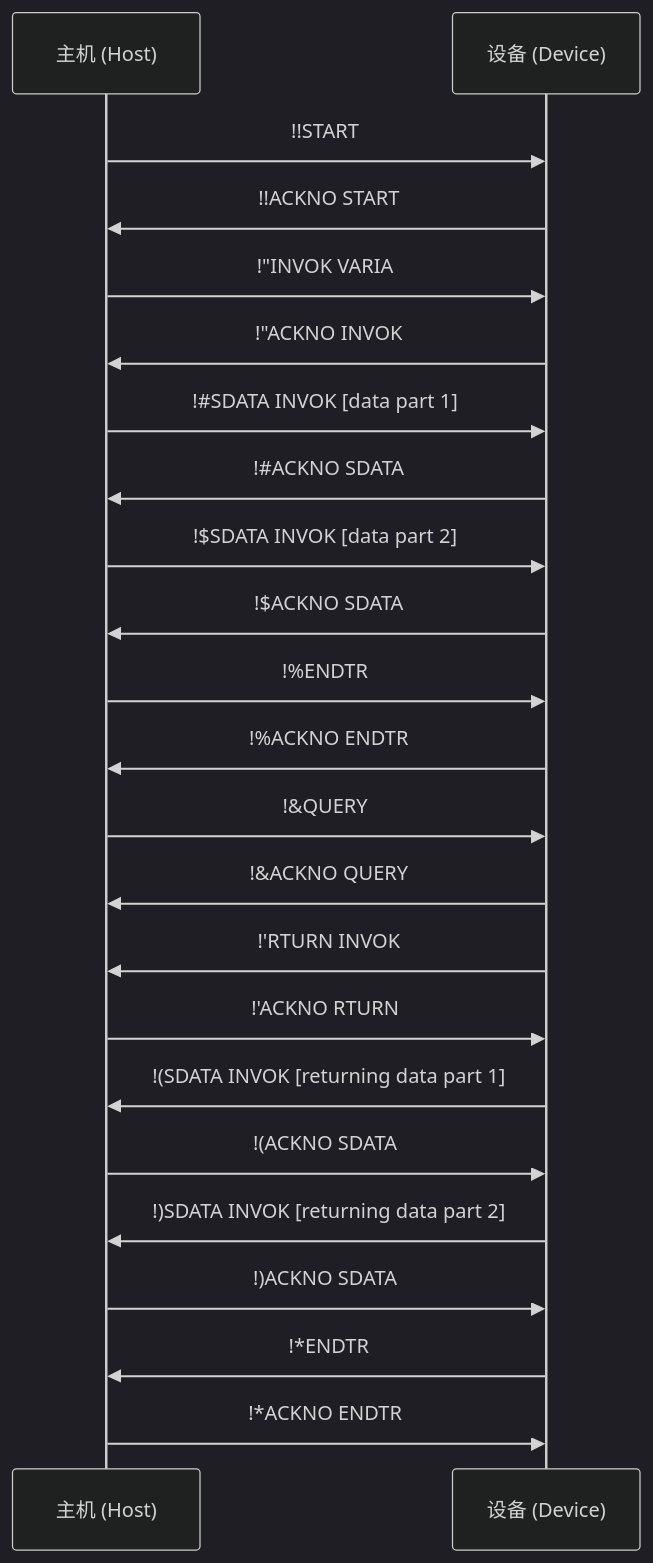
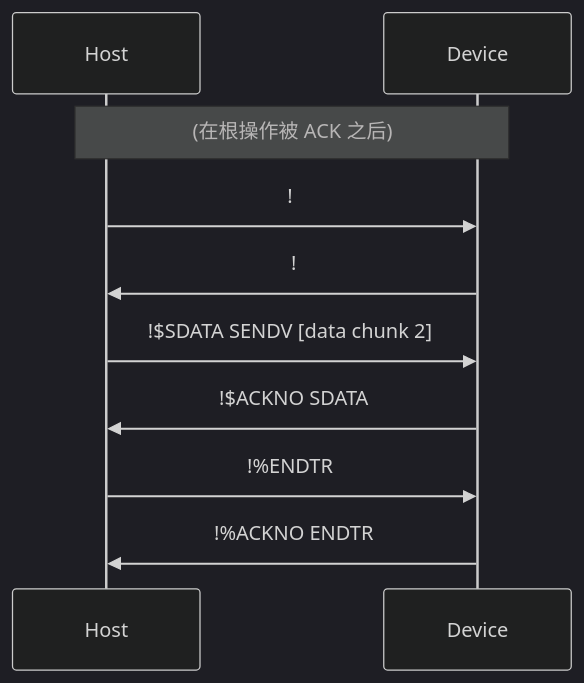
The third of 11 diagrams in Specification_zh.md (lingrottin/PK-Command), drawn with Mermaid (dark theme) before and after one commit. The commit also changed other lines of this file and 14 other files, not shown here.

````diff
--- a/Specification_zh.md
+++ b/Specification_zh.md
@@ -88,25 +199,12 @@
 ```mermaid
 sequenceDiagram
-    participant H as 主机 (Host)
-    participant D as 设备 (Device)
-    H->>D: !!START
-    D->>H: !!ACKNO START
-    H->>D: !"INVOK VARIA
-    D->>H: !"ACKNO INVOK
-    H->>D: !#35;SDATA INVOK [data part 1]
-    D->>H: !#35;ACKNO SDATA
-    H->>D: !$SDATA INVOK [data part 2]
+    participant H as Host
+    participant D as Device
+    Note over H,D: (在根操作被 ACK 之后)
+    H->>D: !#SDATA SENDV [data chunk 1]
+    D->>H: !#ACKNO SDATA
+    H->>D: !$SDATA SENDV [data chunk 2]
     D->>H: !$ACKNO SDATA
     H->>D: !%ENDTR
     D->>H: !%ACKNO ENDTR
-    H->>D: !&QUERY
-    D->>H: !&ACKNO QUERY
-    D->>H: !'RTURN INVOK
-    H->>D: !'ACKNO RTURN
-    D->>H: !(SDATA INVOK [returning data part 1]
-    H->>D: !(ACKNO SDATA
-    D->>H: !)SDATA INVOK [returning data part 2]
-    H->>D: !)ACKNO SDATA
-    D->>H: !*ENDTR
-    H->>D: !*ACKNO ENDTR
 ```
````
